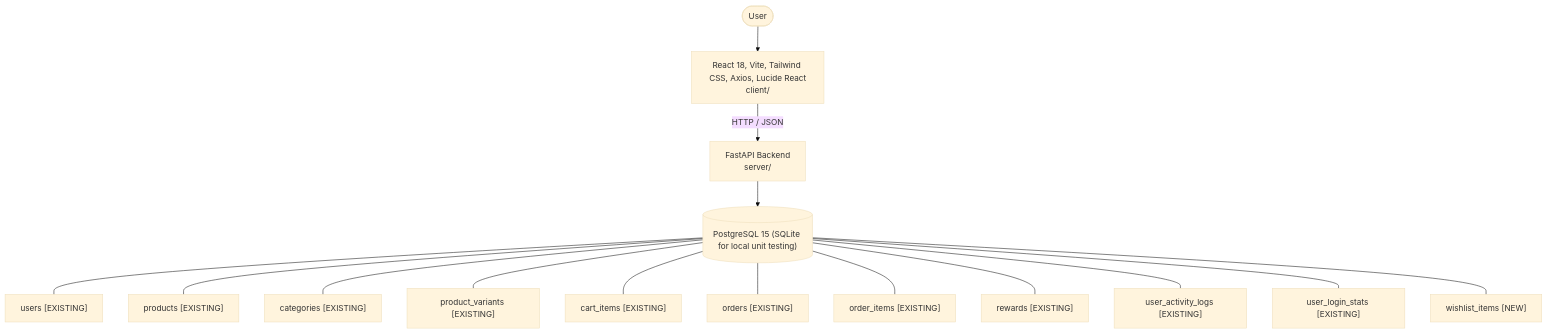
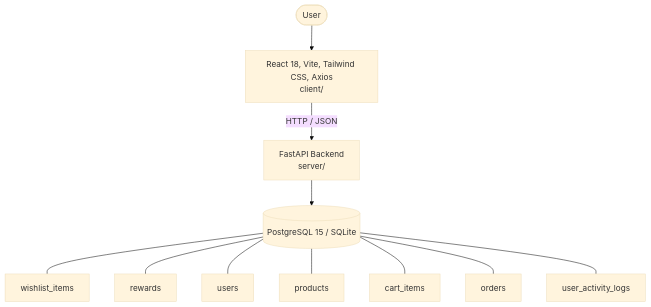
Before and after one commit to p67428378-afk/SCRUM: the diagram in architecture.md, drawn with Mermaid (base theme). The commit also changed other lines of this file and 5 other files, not shown here.

Commit message:
feat(SCRUM-91): implement backend wishlist, rewards, activity logging, and alembic migrations

````diff
--- a/architecture.md
+++ b/architecture.md
@@ -6,21 +6,17 @@
 ```mermaid
 graph TD
   User([User])
-  UI["React 18, Vite, Tailwind CSS, Axios, Lucide React<br/>client/"]
+  UI["React 18, Vite, Tailwind CSS, Axios<br/>client/"]
   API["FastAPI Backend<br/>server/"]
-  DB[("PostgreSQL 15 (SQLite for local unit testing)")]
+  DB[("PostgreSQL 15 / SQLite")]
   User --> UI
   UI -->|HTTP / JSON| API
   API --> DB
-  DB --- tbl_users__EXISTING_["users [EXISTING]"]
-  DB --- tbl_products__EXISTING_["products [EXISTING]"]
-  DB --- tbl_categories__EXISTING_["categories [EXISTING]"]
-  DB --- tbl_product_variants__EXISTING_["product_variants [EXISTING]"]
-  DB --- tbl_cart_items__EXISTING_["cart_items [EXISTING]"]
-  DB --- tbl_orders__EXISTING_["orders [EXISTING]"]
-  DB --- tbl_order_items__EXISTING_["order_items [EXISTING]"]
-  DB --- tbl_rewards__EXISTING_["rewards [EXISTING]"]
-  DB --- tbl_user_activity_logs__EXISTING_["user_activity_logs [EXISTING]"]
-  DB --- tbl_user_login_stats__EXISTING_["user_login_stats [EXISTING]"]
-  DB --- tbl_wishlist_items__NEW_["wishlist_items [NEW]"]
+  DB --- tbl_wishlist_items["wishlist_items"]
+  DB --- tbl_rewards["rewards"]
+  DB --- tbl_users["users"]
+  DB --- tbl_products["products"]
+  DB --- tbl_cart_items["cart_items"]
+  DB --- tbl_orders["orders"]
+  DB --- tbl_user_activity_logs["user_activity_logs"]
 ```
````
